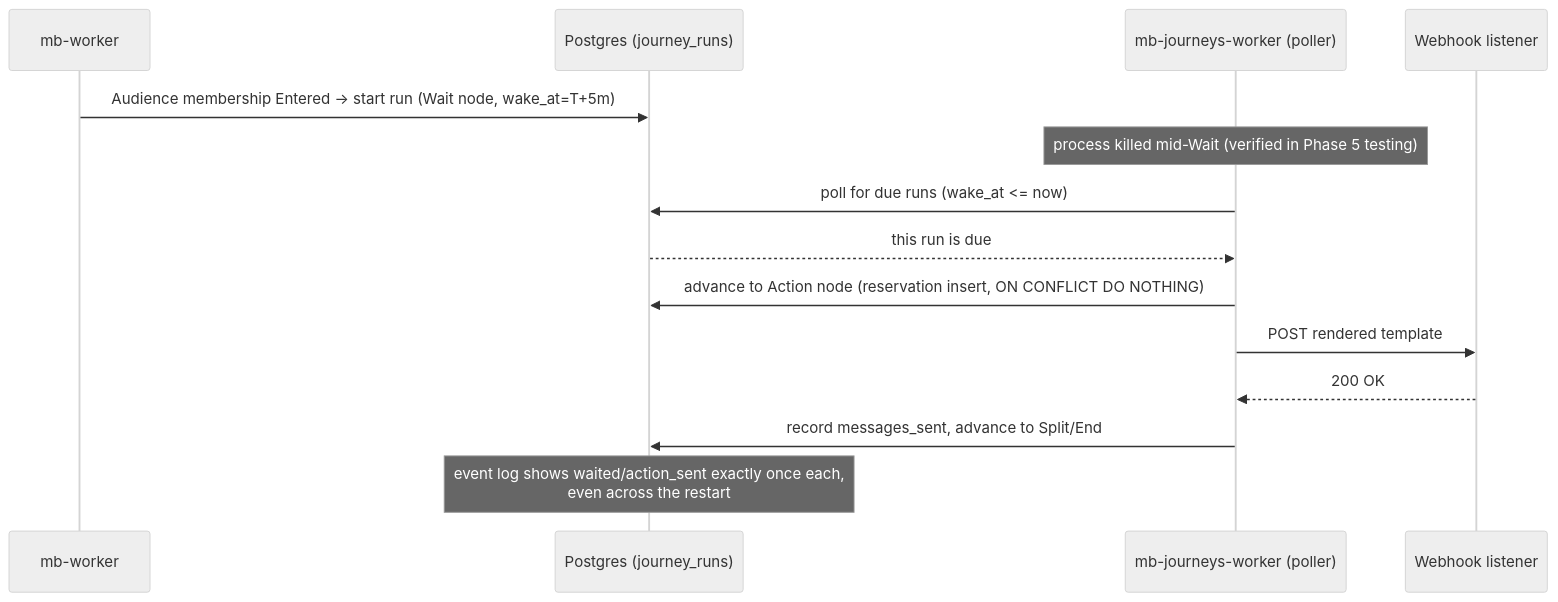
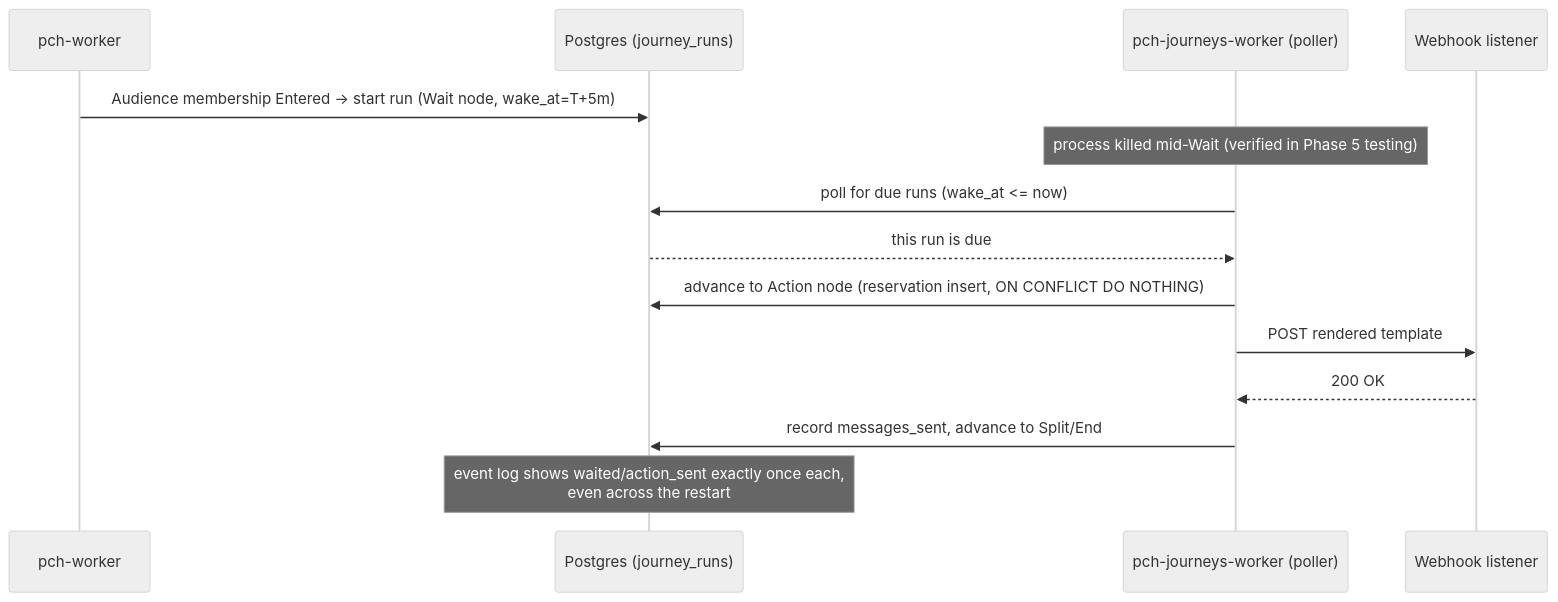
Before and after one commit to Mullassery/MessageBirds: the second of 2 diagrams in docs/architecture/README.md, drawn with Mermaid (neutral theme). The commit also changed other lines of this file and 152 other files, not shown here.

````diff
--- a/docs/architecture/README.md
+++ b/docs/architecture/README.md
@@ -87,17 +87,17 @@
 ```mermaid
 sequenceDiagram
-    participant W as mb-worker
+    participant W as pch-worker
     participant DB as Postgres (journey_runs)
-    participant JW as mb-journeys-worker (poller)
+    participant JW as pch-journeys-worker (poller)
     participant Ch as Webhook listener
 
     W->>DB: Audience membership Entered -> start run (Wait node, wake_at=T+5m)
     Note over JW: process killed mid-Wait (verified in Phase 5 testing)
     JW->>DB: poll for due runs (wake_at <= now)
     DB-->>JW: this run is due
     JW->>DB: advance to Action node (reservation insert, ON CONFLICT DO NOTHING)
     JW->>Ch: POST rendered template
     Ch-->>JW: 200 OK
     JW->>DB: record messages_sent, advance to Split/End
     Note over DB: event log shows waited/action_sent exactly once each,<br/>even across the restart
 ```
````
